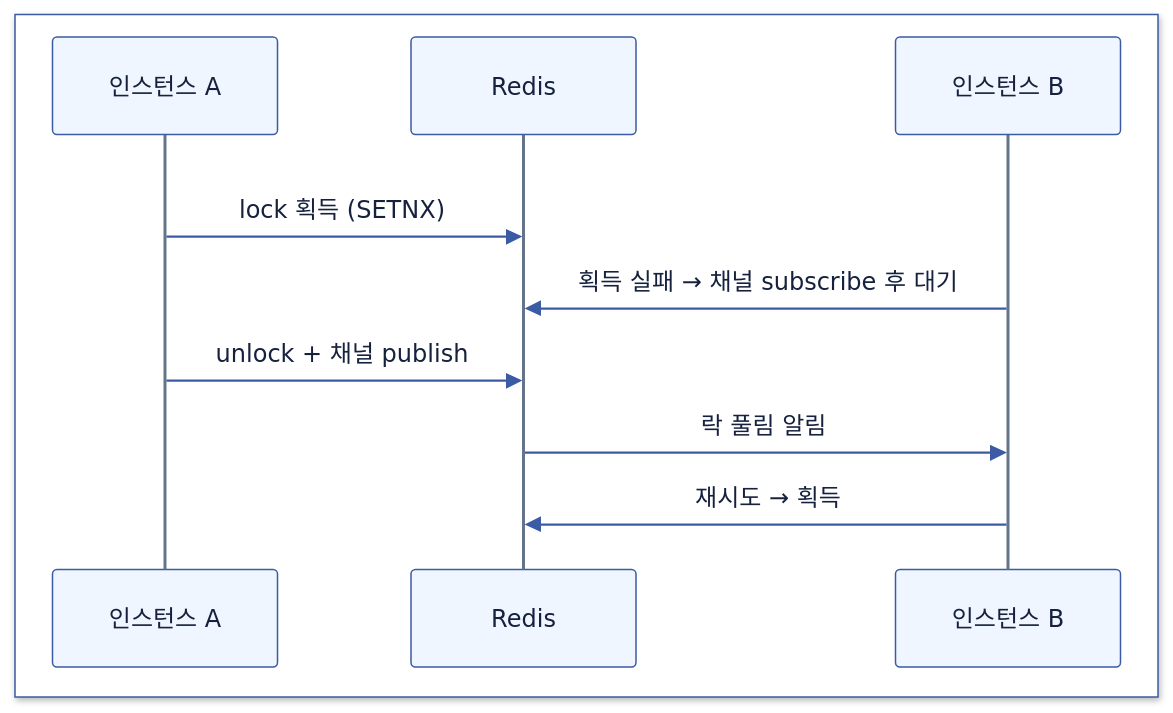
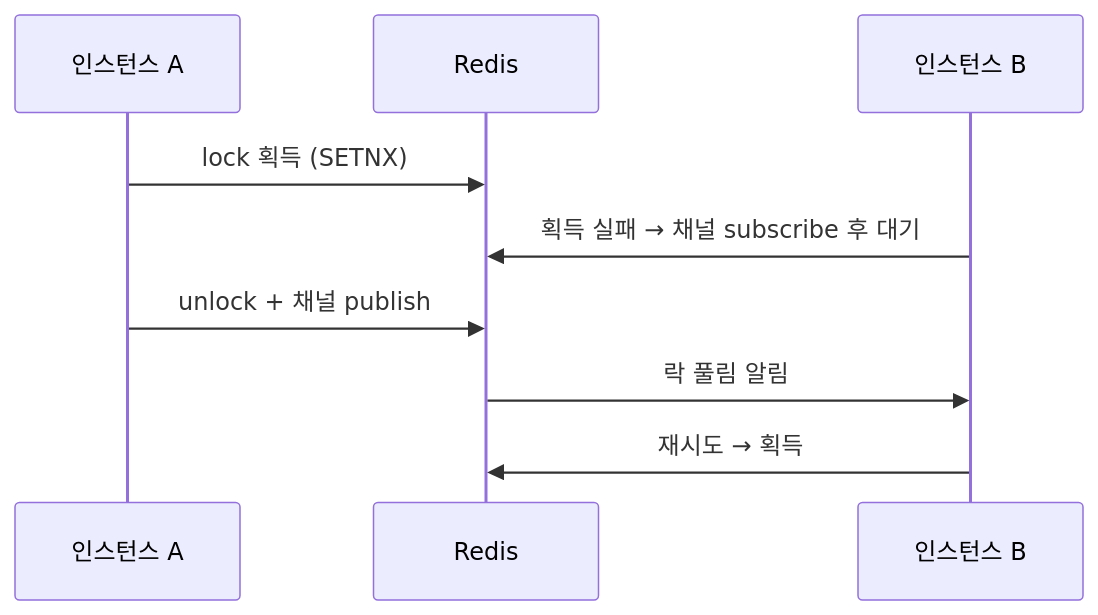
Before and after one commit to Hyune-s-lab/my-ai-study: the second of 3 diagrams in computer-science/2607-race-condition.md, drawn with Mermaid. The commit also changed other lines of this file and 49 other files, not shown here.

Commit message:
docs: 단순 다이어그램은 Mermaid로, 복잡한 배치는 SVG로 정리

````diff
--- a/computer-science/2607-race-condition.md
+++ b/computer-science/2607-race-condition.md
@@ -163,16 +158,11 @@
 ```mermaid
 sequenceDiagram
-%%{init: {"theme": "base", "darkMode": false, "themeVariables": {"background": "#ffffff", "primaryColor": "#EFF6FF", "primaryTextColor": "#16213E", "primaryBorderColor": "#3B5BA5", "secondaryColor": "#F0FDF4", "tertiaryColor": "#FAF5FF", "lineColor": "#3B5BA5", "textColor": "#16213E", "edgeLabelBackground": "#ffffff", "actorBkg": "#EFF6FF", "actorBorder": "#3B5BA5", "actorTextColor": "#16213E", "signalColor": "#3B5BA5", "signalTextColor": "#16213E", "noteBkgColor": "#FFF7ED", "noteBorderColor": "#C98A2B", "noteTextColor": "#16213E", "labelBoxBkgColor": "#EFF6FF", "labelTextColor": "#16213E", "loopTextColor": "#16213E", "actorLineColor": "#64748B", "labelBoxBorderColor": "#3B5BA5"}}}%%
-  box rgb(255, 255, 255)
-    participant A as 인스턴스 A
-    participant R as Redis
-    participant B as 인스턴스 B
-  end
-  rect rgb(255, 255, 255)
-    A->>R: lock 획득 (SETNX)
-    B->>R: 획득 실패 → 채널 subscribe 후 대기
-    A->>R: unlock + 채널 publish
-    R->>B: 락 풀림 알림
-    B->>R: 재시도 → 획득
-  end
+  participant A as 인스턴스 A
+  participant R as Redis
+  participant B as 인스턴스 B
+  A->>R: lock 획득 (SETNX)
+  B->>R: 획득 실패 → 채널 subscribe 후 대기
+  A->>R: unlock + 채널 publish
+  R->>B: 락 풀림 알림
+  B->>R: 재시도 → 획득
 ```
````
